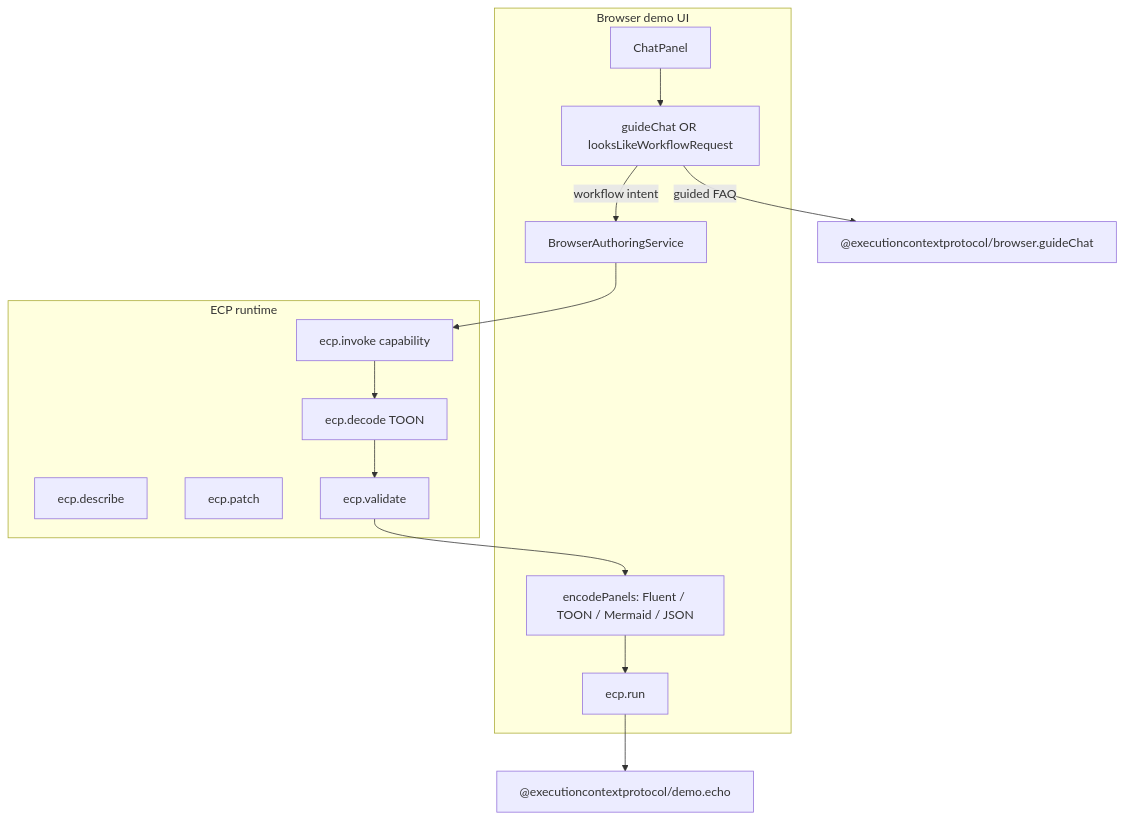
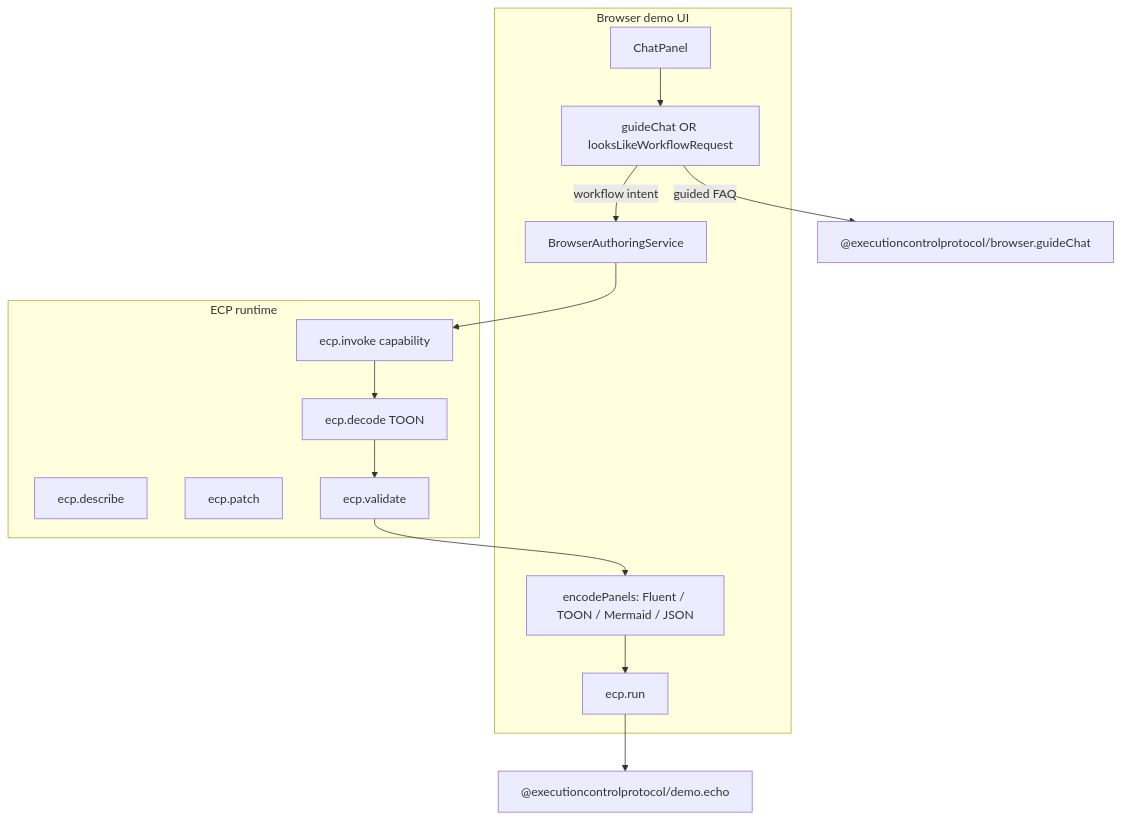
The diagram in docs/browser-demo-extensions-and-prompts.md (executioncontrolprotocol/browser-demo), drawn with Mermaid before and after one commit. The commit also changed other lines of this file and 26 other files, not shown here.

````diff
--- a/docs/browser-demo-extensions-and-prompts.md
+++ b/docs/browser-demo-extensions-and-prompts.md
@@ -18,26 +18,26 @@
 ```mermaid
 flowchart TB
   subgraph ui [Browser demo UI]
     Chat[ChatPanel]
     Authoring[BrowserAuthoringService]
     Guide[guideChat OR looksLikeWorkflowRequest]
     Panels[encodePanels: Fluent / TOON / Mermaid / JSON]
     Run[ecp.run]
   end
 
   subgraph ecp [ECP runtime]
     Describe[ecp.describe]
     Invoke[ecp.invoke capability]
     Decode[ecp.decode TOON]
     Patch[ecp.patch]
     Validate[ecp.validate]
   end
 
   Chat --> Guide
-  Guide -->|guided FAQ| GuideCap["@executioncontextprotocol/browser.guideChat"]
+  Guide -->|guided FAQ| GuideCap["@executioncontrolprotocol/browser.guideChat"]
   Guide -->|workflow intent| Authoring
   Authoring --> Invoke
   Invoke --> Decode --> Validate --> Panels
   Panels --> Run
-  Run --> Echo["@executioncontextprotocol/demo.echo"]
+  Run --> Echo["@executioncontrolprotocol/demo.echo"]
 ```
````
